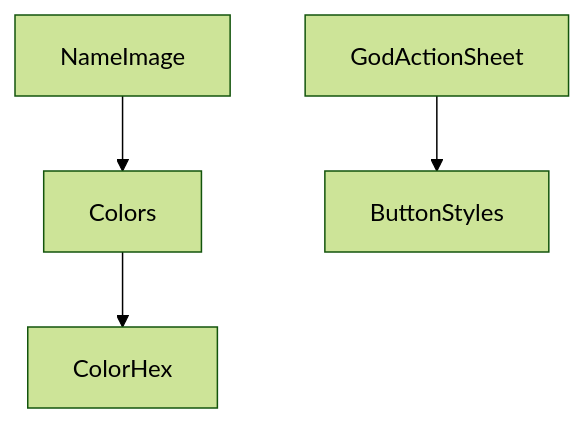
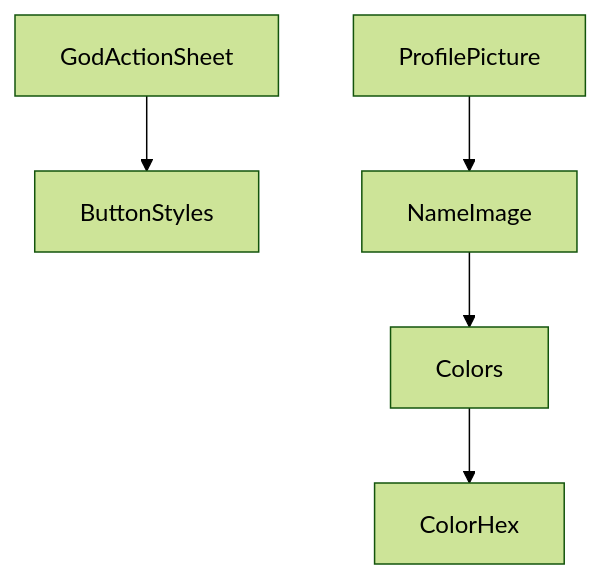
The diagram in Packages/UIComponentPackage/README.md (0x1-company/god-ios), drawn with Mermaid (forest theme) before and after one commit. The commit also changed 1 other file, not shown here.

Commit message:
chore: 🤖 dgraph

````diff
--- a/Packages/UIComponentPackage/README.md
+++ b/Packages/UIComponentPackage/README.md
@@ -6,6 +6,7 @@
 ```mermaid
 graph TD;
     Colors-->ColorHex;
     GodActionSheet-->ButtonStyles;
     NameImage-->Colors;
+    ProfilePicture-->NameImage;
 ```
````
